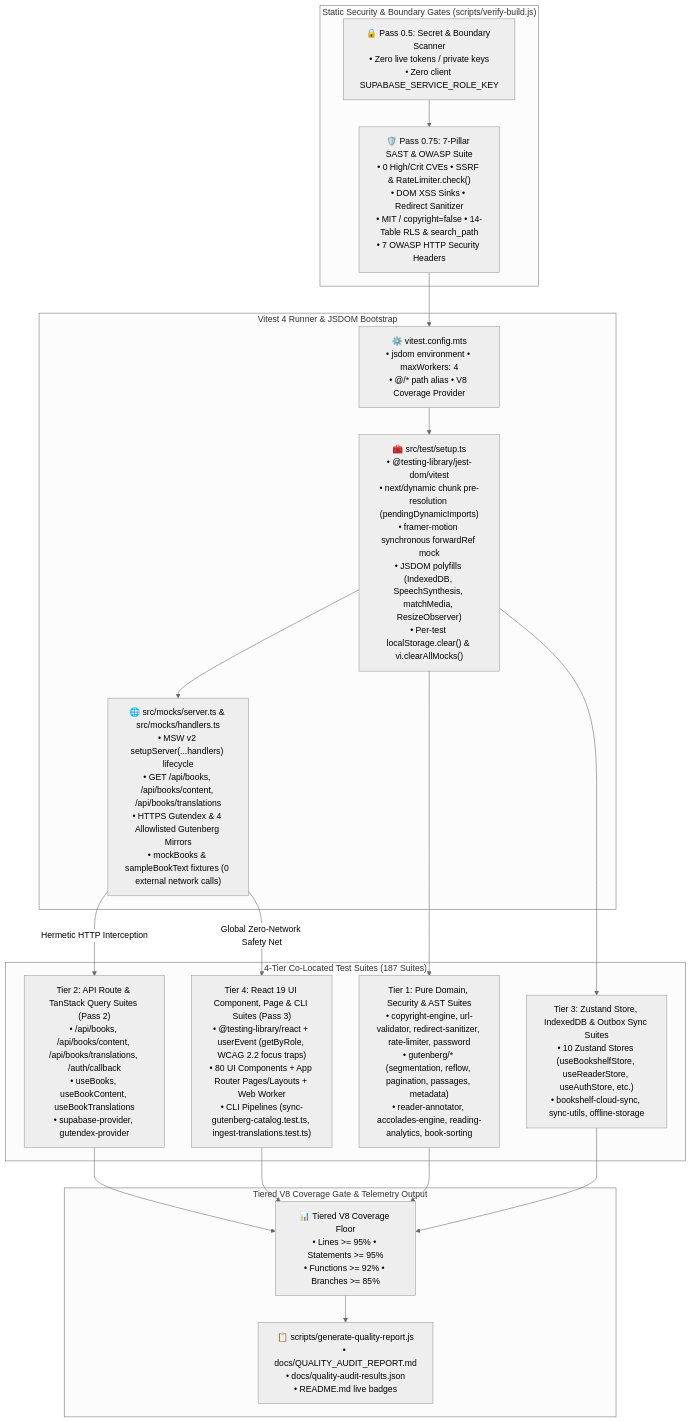
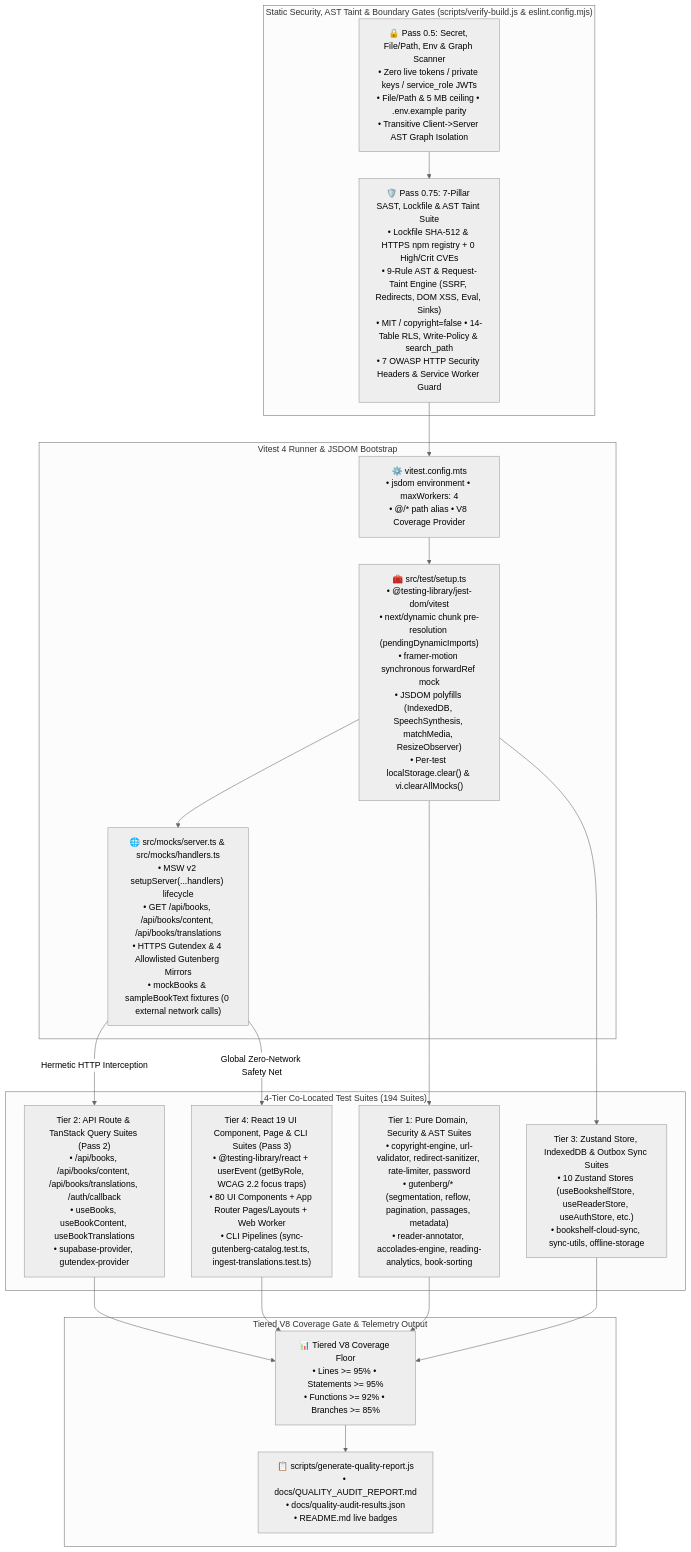
The fourth of 4 diagrams in README.md (calin-m/Bookarium), drawn with Mermaid (neutral theme) before and after one commit. The commit also changed other lines of this file and 36 other files, not shown here.

````diff
--- a/README.md
+++ b/README.md
@@ -584,39 +584,39 @@
 ```mermaid
 flowchart TD
-    subgraph SecurityGates ["Static Security & Boundary Gates (scripts/verify-build.js)"]
-        Pass05["🔒 Pass 0.5: Secret & Boundary Scanner\n• Zero live tokens / private keys\n• Zero client SUPABASE_SERVICE_ROLE_KEY"]
-        Pass075["🛡️ Pass 0.75: 7-Pillar SAST & OWASP Suite\n• 0 High/Crit CVEs • SSRF & RateLimiter.check()\n• DOM XSS Sinks • Redirect Sanitizer\n• MIT / copyright=false • 14-Table RLS & search_path\n• 7 OWASP HTTP Security Headers"]
+    subgraph SecurityGates ["Static Security, AST Taint & Boundary Gates (scripts/verify-build.js & eslint.config.mjs)"]
+        Pass05["🔒 Pass 0.5: Secret, File/Path, Env & Graph Scanner\n• Zero live tokens / private keys / service_role JWTs\n• File/Path & 5 MB ceiling • .env.example parity\n• Transitive Client->Server AST Graph Isolation"]
+        Pass075["🛡️ Pass 0.75: 7-Pillar SAST, Lockfile & AST Taint Suite\n• Lockfile SHA-512 & HTTPS npm registry + 0 High/Crit CVEs\n• 9-Rule AST & Request-Taint Engine (SSRF, Redirects, DOM XSS, Eval, Sinks)\n• MIT / copyright=false • 14-Table RLS, Write-Policy & search_path\n• 7 OWASP HTTP Security Headers & Service Worker Guard"]
     end
 
     subgraph TestRunner ["Vitest 4 Runner & JSDOM Bootstrap"]
         VitestCfg["⚙️ vitest.config.mts\n• jsdom environment • maxWorkers: 4\n• @/* path alias • V8 Coverage Provider"]
         TestSetup["🧰 src/test/setup.ts\n• @testing-library/jest-dom/vitest\n• next/dynamic chunk pre-resolution (pendingDynamicImports)\n• framer-motion synchronous forwardRef mock\n• JSDOM polyfills (IndexedDB, SpeechSynthesis, matchMedia, ResizeObserver)\n• Per-test localStorage.clear() & vi.clearAllMocks()"]
         MSWServer["🌐 src/mocks/server.ts & src/mocks/handlers.ts\n• MSW v2 setupServer(...handlers) lifecycle\n• GET /api/books, /api/books/content, /api/books/translations\n• HTTPS Gutendex & 4 Allowlisted Gutenberg Mirrors\n• mockBooks & sampleBookText fixtures (0 external network calls)"]
     end
 
-    subgraph TestTiers ["4-Tier Co-Located Test Suites (187 Suites)"]
+    subgraph TestTiers ["4-Tier Co-Located Test Suites (194 Suites)"]
         Tier1["Tier 1: Pure Domain, Security & AST Suites\n• copyright-engine, url-validator, redirect-sanitizer, rate-limiter, password\n• gutenberg/* (segmentation, reflow, pagination, passages, metadata)\n• reader-annotator, accolades-engine, reading-analytics, book-sorting"]
         Tier2["Tier 2: API Route & TanStack Query Suites (Pass 2)\n• /api/books, /api/books/content, /api/books/translations, /auth/callback\n• useBooks, useBookContent, useBookTranslations\n• supabase-provider, gutendex-provider"]
         Tier3["Tier 3: Zustand Store, IndexedDB & Outbox Sync Suites\n• 10 Zustand Stores (useBookshelfStore, useReaderStore, useAuthStore, etc.)\n• bookshelf-cloud-sync, sync-utils, offline-storage"]
         Tier4["Tier 4: React 19 UI Component, Page & CLI Suites (Pass 3)\n• @testing-library/react + userEvent (getByRole, WCAG 2.2 focus traps)\n• 80 UI Components + App Router Pages/Layouts + Web Worker\n• CLI Pipelines (sync-gutenberg-catalog.test.ts, ingest-translations.test.ts)"]
     end
 
     subgraph CoverageGate ["Tiered V8 Coverage Gate & Telemetry Output"]
         V8Thresholds["📊 Tiered V8 Coverage Floor\n• Lines >= 95% • Statements >= 95%\n• Functions >= 92% • Branches >= 85%"]
         QualityReport["📋 scripts/generate-quality-report.js\n• docs/QUALITY_AUDIT_REPORT.md\n• docs/quality-audit-results.json\n• README.md live badges"]
     end
 
     Pass05 --> Pass075
     Pass075 --> VitestCfg
     VitestCfg --> TestSetup
     TestSetup --> MSWServer
     TestSetup --> Tier1
     MSWServer -->|"Hermetic HTTP Interception"| Tier2
     TestSetup --> Tier3
     MSWServer -->|"Global Zero-Network Safety Net"| Tier4
     Tier1 --> V8Thresholds
     Tier2 --> V8Thresholds
     Tier3 --> V8Thresholds
     Tier4 --> V8Thresholds
     V8Thresholds --> QualityReport
 ```
````
